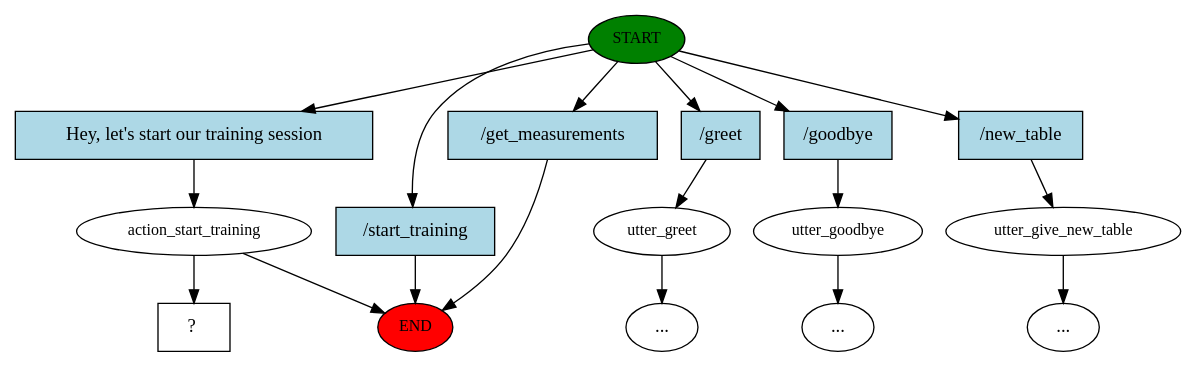
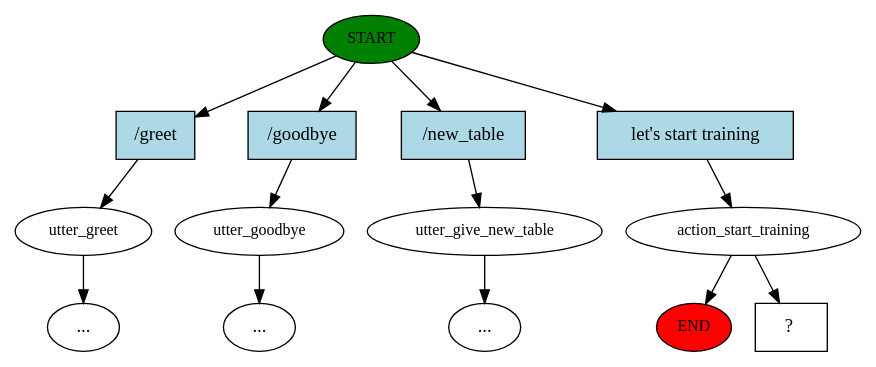
One commit to matthewmoorcroft/Personal-Trainer-Chatbot changed the diagram in bot/mlengine/story_graph.dot. Above: the diagram before and after it, drawn with Graphviz. The commit also changed 3 other files, not shown here.

```diff
--- a/bot/mlengine/story_graph.dot
+++ b/bot/mlengine/story_graph.dot
@@ -1,35 +1,29 @@
 digraph  {
 0 [class="start active", fillcolor=green, fontsize=12, label=START, style=filled];
 "-1" [class=end, fillcolor=red, fontsize=12, label=END, style=filled];
 1 [class="", fontsize=12, label=utter_greet];
+"-5" [class=ellipsis, label="..."];
 4 [class="", fontsize=12, label=utter_goodbye];
 "-6" [class=ellipsis, label="..."];
-7 [class="", fontsize=12, label=utter_give_new_table];
-"-9" [class=ellipsis, label="..."];
-"-10" [class=ellipsis, label="..."];
-9 [class=active, fontsize=12, label=action_start_training];
-11 [class="intent dashed active", label="  ?  ", shape=rect];
-12 [class=intent, fillcolor=lightblue, label="\/start_training", shape=rect, style=filled];
-13 [class=intent, fillcolor=lightblue, label="\/get_measurements", shape=rect, style=filled];
-14 [class=intent, fillcolor=lightblue, label="\/greet", shape=rect, style=filled];
-15 [class=intent, fillcolor=lightblue, label="\/goodbye", shape=rect, style=filled];
-16 [class=intent, fillcolor=lightblue, label="\/new_table", shape=rect, style=filled];
-17 [class="intent active", fillcolor=lightblue, label="Hey\,\ let\'s\ start\ our\ training\ session", shape=rect, style=filled];
-0 -> 12  [class="", key=0];
-0 -> 13  [class="", key=0];
-0 -> 14  [class="", key=0];
-0 -> 15  [class="", key=0];
-0 -> 16  [class="", key=0];
-0 -> 17  [class=active, key=0];
-1 -> "-10"  [class="", key=NONE, label=""];
+5 [class="", fontsize=12, label=utter_give_new_table];
+"-7" [class=ellipsis, label="..."];
+6 [class=active, fontsize=12, label=action_start_training];
+8 [class="intent dashed active", label="  ?  ", shape=rect];
+9 [class=intent, fillcolor=lightblue, label="\/greet", shape=rect, style=filled];
+10 [class=intent, fillcolor=lightblue, label="\/goodbye", shape=rect, style=filled];
+11 [class=intent, fillcolor=lightblue, label="\/new_table", shape=rect, style=filled];
+12 [class="intent active", fillcolor=lightblue, label="let\'s\ start\ training", shape=rect, style=filled];
+0 -> 9  [class="", key=0];
+0 -> 10  [class="", key=0];
+0 -> 11  [class="", key=0];
+0 -> 12  [class=active, key=0];
+1 -> "-5"  [class="", key=NONE, label=""];
 4 -> "-6"  [class="", key=NONE, label=""];
-7 -> "-9"  [class="", key=NONE, label=""];
-9 -> "-1"  [class="", key=NONE, label=""];
-9 -> 11  [class=active, key=NONE, label=""];
-12 -> "-1"  [class="", key=0];
-13 -> "-1"  [class="", key=0];
-14 -> 1  [class="", key=0];
-15 -> 4  [class="", key=0];
-16 -> 7  [class="", key=0];
-17 -> 9  [class=active, key=0];
+5 -> "-7"  [class="", key=NONE, label=""];
+6 -> "-1"  [class="", key=NONE, label=""];
+6 -> 8  [class=active, key=NONE, label=""];
+9 -> 1  [class="", key=0];
+10 -> 4  [class="", key=0];
+11 -> 5  [class="", key=0];
+12 -> 6  [class=active, key=0];
 }
```
